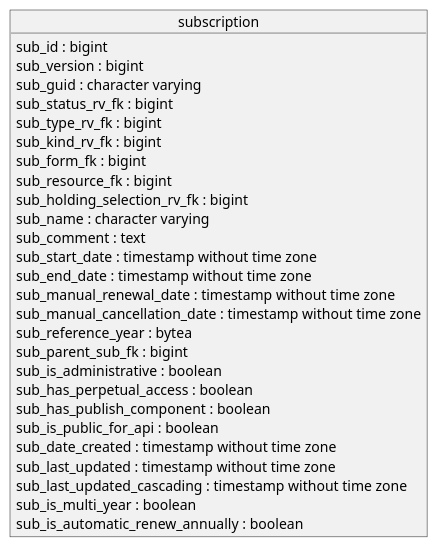
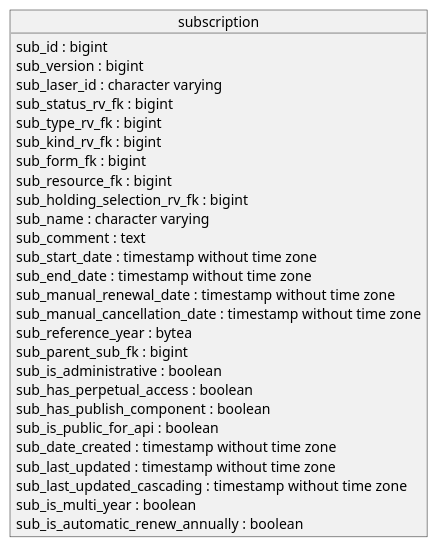
One commit to hbz/laser3 changed the diagram in documentation/UML/subscription_sql.puml. Above: the diagram before and after it, drawn with PlantUML. The commit also changed 3 other files, not shown here.

Commit message:
guid -> laser_id

```diff
--- a/documentation/UML/subscription_sql.puml
+++ b/documentation/UML/subscription_sql.puml
@@ -1,32 +1,32 @@
 @startuml
 
 object subscription {
     sub_id : bigint
     sub_version : bigint
-    sub_guid : character varying
+    sub_laser_id : character varying
     sub_status_rv_fk : bigint
     sub_type_rv_fk : bigint
     sub_kind_rv_fk : bigint
     sub_form_fk : bigint
     sub_resource_fk : bigint
     sub_holding_selection_rv_fk : bigint
     sub_name : character varying
     sub_comment : text
     sub_start_date : timestamp without time zone
     sub_end_date : timestamp without time zone
     sub_manual_renewal_date : timestamp without time zone
     sub_manual_cancellation_date : timestamp without time zone
     sub_reference_year : bytea
     sub_parent_sub_fk : bigint
     sub_is_administrative : boolean
     sub_has_perpetual_access : boolean
     sub_has_publish_component : boolean
     sub_is_public_for_api : boolean
     sub_date_created : timestamp without time zone
     sub_last_updated : timestamp without time zone
     sub_last_updated_cascading : timestamp without time zone
     sub_is_multi_year : boolean
     sub_is_automatic_renew_annually : boolean
 }
 
 @enduml
```
